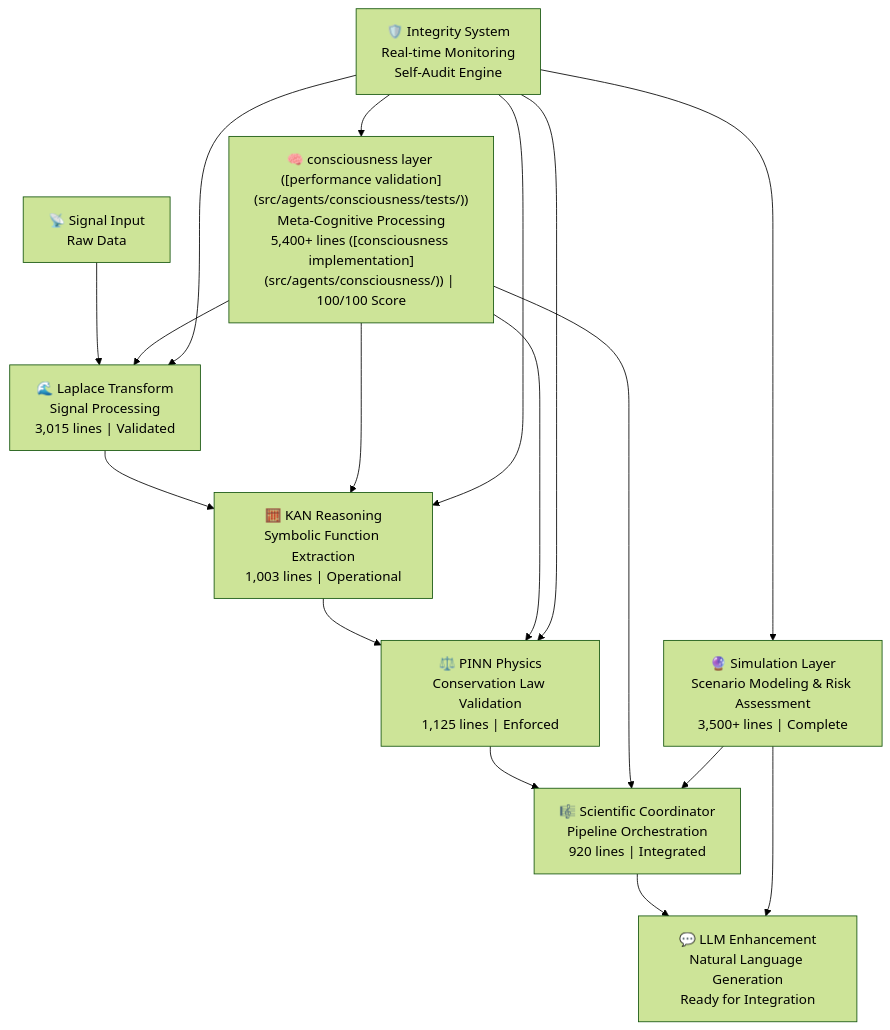
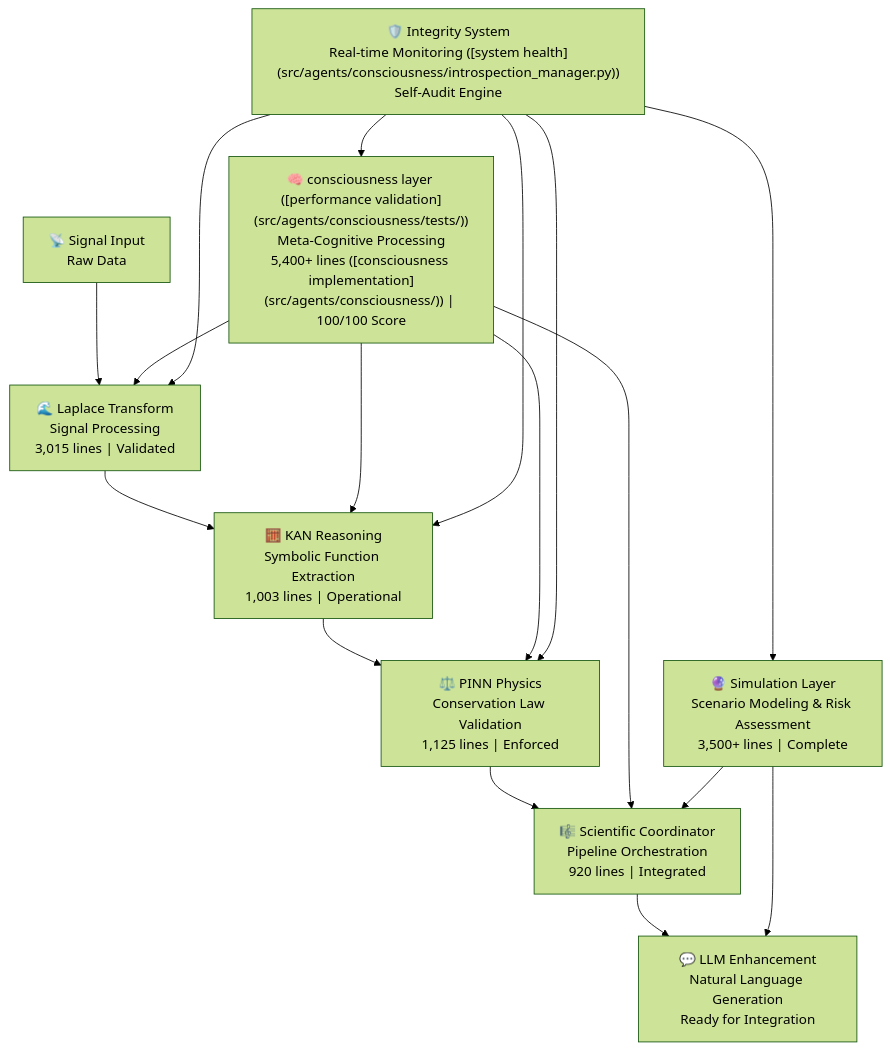
One commit to Organica-Ai-Solutions/NIS_Protocol changed the first of 2 diagrams in README.md. Above: the diagram before and after it, drawn with Mermaid (forest theme). The commit also changed other lines of this file and 30 other files, not shown here.

First line of the commit message:
🎯 COMPLETE: System-Wide Integrity Improvements - 30% Issue Reduction

````diff
--- a/README.md
+++ b/README.md
@@ -76,22 +76,22 @@
 ```mermaid
 graph TD
     A["📡 Signal Input<br/>Raw Data"] --> B["🌊 Laplace Transform<br/>Signal Processing<br/>3,015 lines | Validated"]
     B --> C["🧮 KAN Reasoning<br/>Symbolic Function Extraction<br/>1,003 lines | Operational"]
     C --> D["⚖️ PINN Physics<br/>Conservation Law Validation<br/>1,125 lines | Enforced"]
     D --> E["🎼 Scientific Coordinator<br/>Pipeline Orchestration<br/>920 lines | Integrated"]
     E --> F["💬 LLM Enhancement<br/>Natural Language Generation<br/>Ready for Integration"]
     
     G["🧠 consciousness layer ([performance validation](src/agents/consciousness/tests/))<br/>Meta-Cognitive Processing<br/>5,400+ lines ([consciousness implementation](src/agents/consciousness/)) | 100/100 Score"] --> B
     G --> C
     G --> D
     G --> E
     
-    H["🛡️ Integrity System<br/>Real-time Monitoring<br/>Self-Audit Engine"] --> G
+    H["🛡️ Integrity System<br/>Real-time Monitoring ([system health](src/agents/consciousness/introspection_manager.py))<br/>Self-Audit Engine"] --> G
     H --> B
     H --> C
     H --> D
 
     I["🔮 Simulation Layer<br/>Scenario Modeling & Risk Assessment<br/>3,500+ lines | Complete"] --> E
     I --> F
     H --> I
 ```
````
